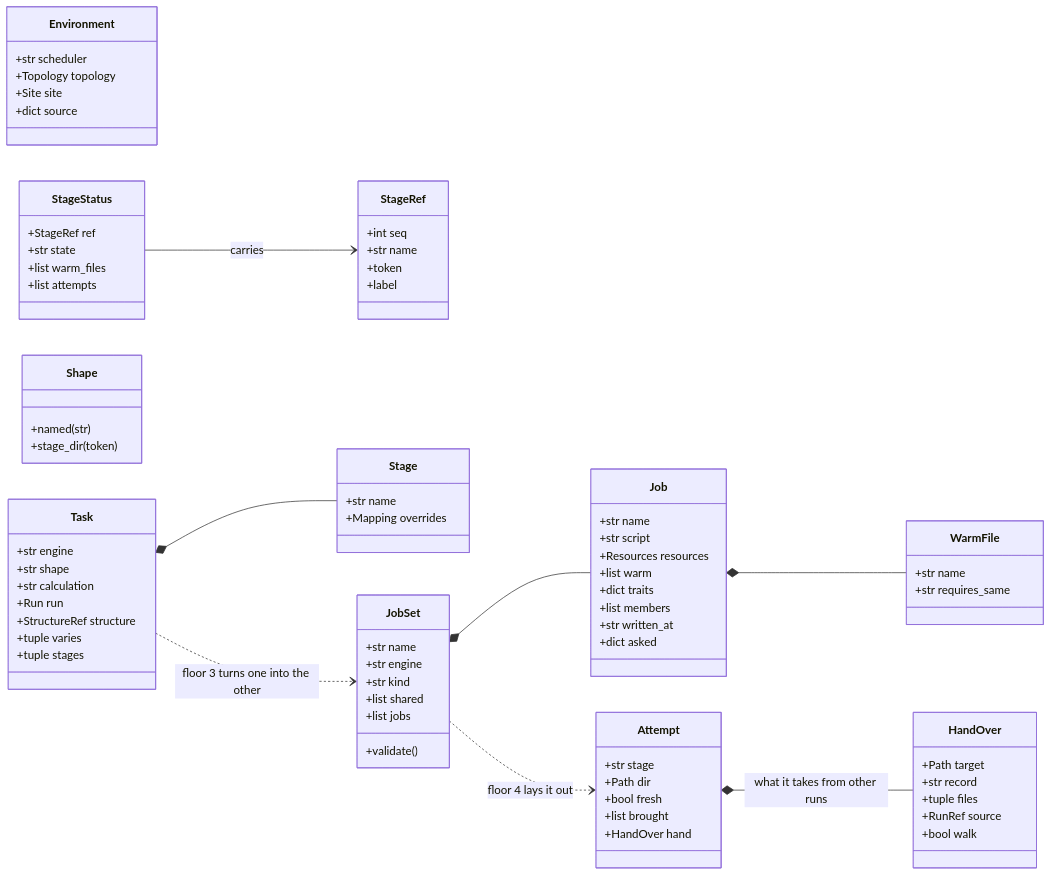
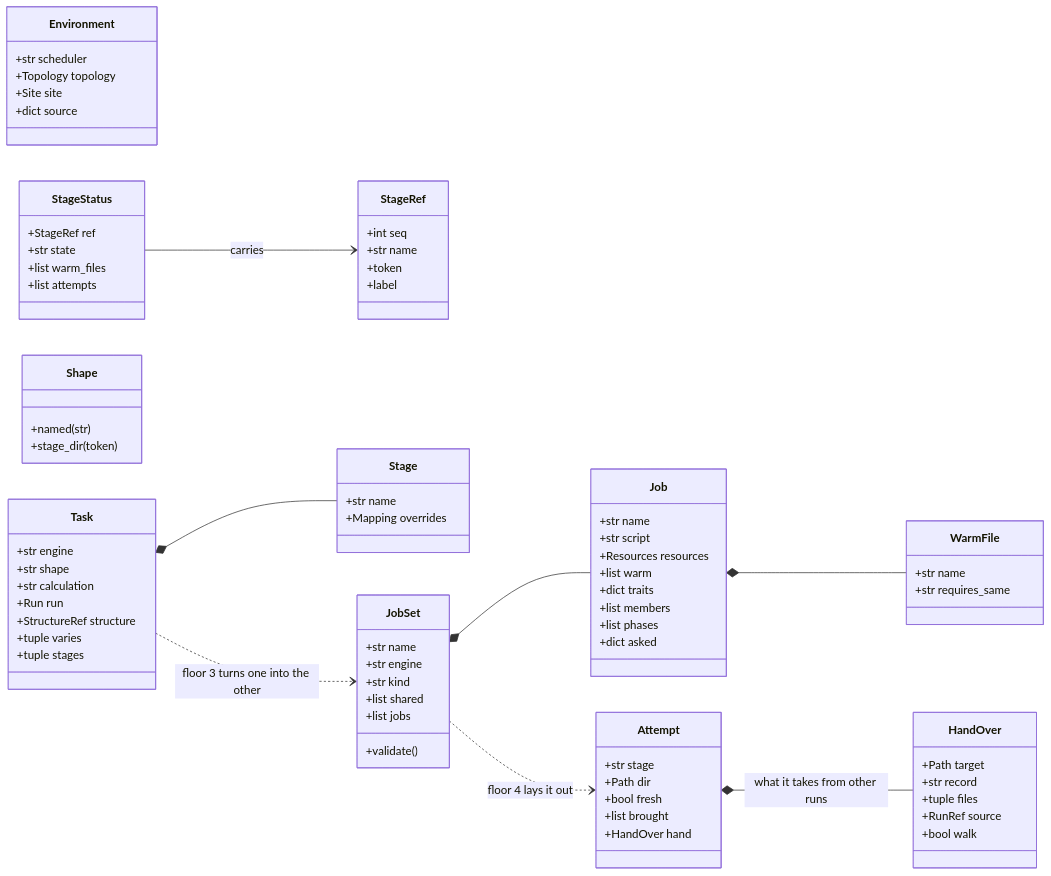
One commit to Qing-LAB/molbuilder changed the third of 10 diagrams in docs/execution/architecture.md. Above: the diagram before and after it, drawn with Mermaid. The commit also changed other lines of this file and 114 other files, not shown here.

````diff
--- a/docs/execution/architecture.md
+++ b/docs/execution/architecture.md
@@ -297,82 +297,82 @@
 ```mermaid
 classDiagram
     direction LR
     class StageRef {
       +int seq
       +str name
       +token
       +label
     }
     class Environment {
       +str scheduler
       +Topology topology
       +Site site
       +dict source
     }
     class Task {
       +str engine
       +str shape
       +str calculation
       +Run run
       +StructureRef structure
       +tuple varies
       +tuple stages
     }
     class Stage {
       +str name
       +Mapping overrides
     }
     class JobSet {
       +str name
       +str engine
       +str kind
       +list shared
       +list jobs
       +validate()
     }
     class Job {
       +str name
       +str script
       +Resources resources
       +list warm
       +dict traits
       +list members
-      +str written_at
+      +list phases
       +dict asked
     }
     class WarmFile {
       +str name
       +str requires_same
     }
     class Shape {
       +named(str)
       +stage_dir(token)
     }
     class Attempt {
       +str stage
       +Path dir
       +bool fresh
       +list brought
       +HandOver hand
     }
     class HandOver {
       +Path target
       +str record
       +tuple files
       +RunRef source
       +bool walk
     }
     class StageStatus {
       +StageRef ref
       +str state
       +list warm_files
       +list attempts
     }
     Task *-- Stage
     JobSet *-- Job
     Job *-- WarmFile
     StageStatus --> StageRef : carries
     Task ..> JobSet : floor 3 turns one into the other
     JobSet ..> Attempt : floor 4 lays it out
     Attempt *-- HandOver : what it takes from other runs
 ```
````
